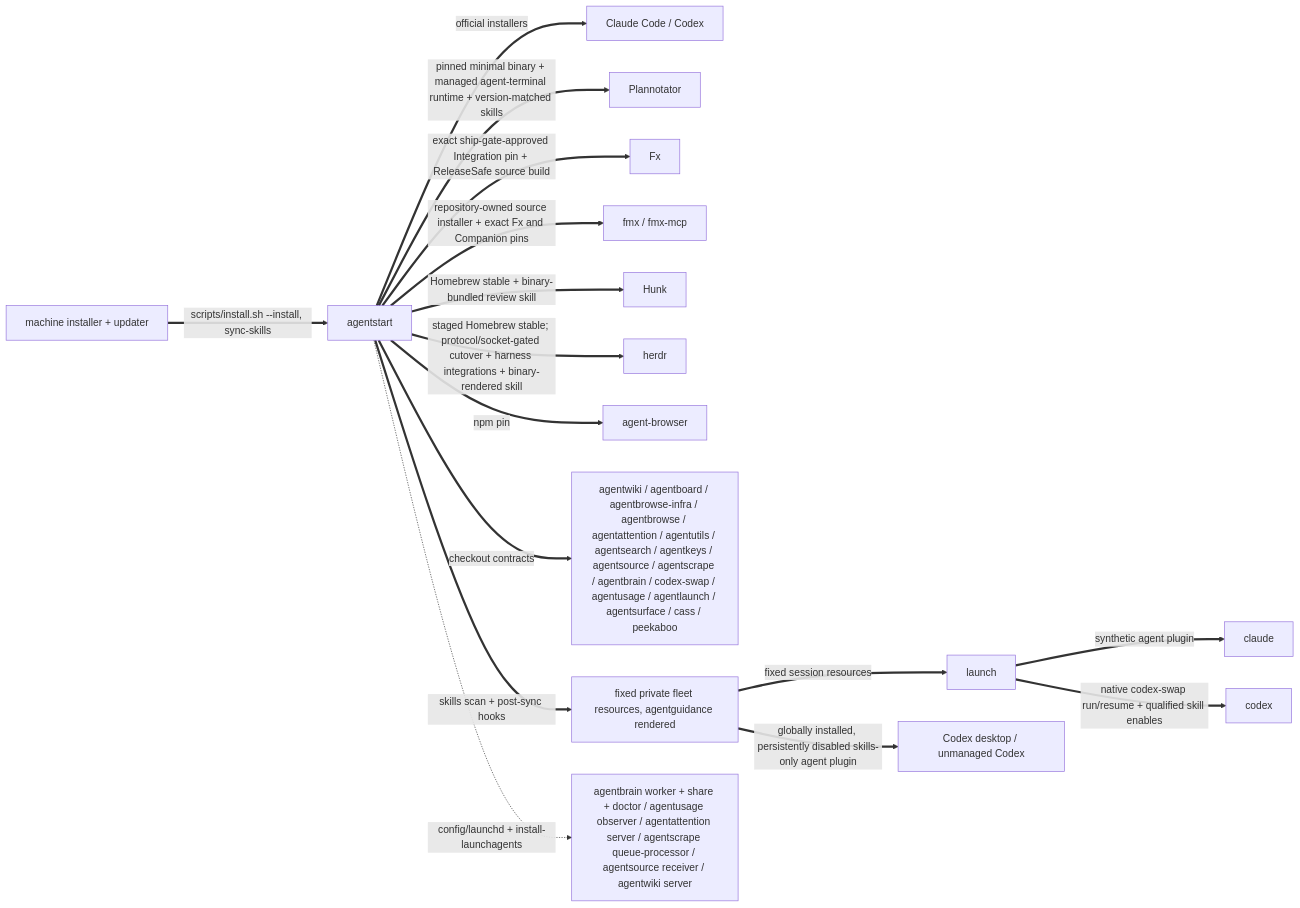
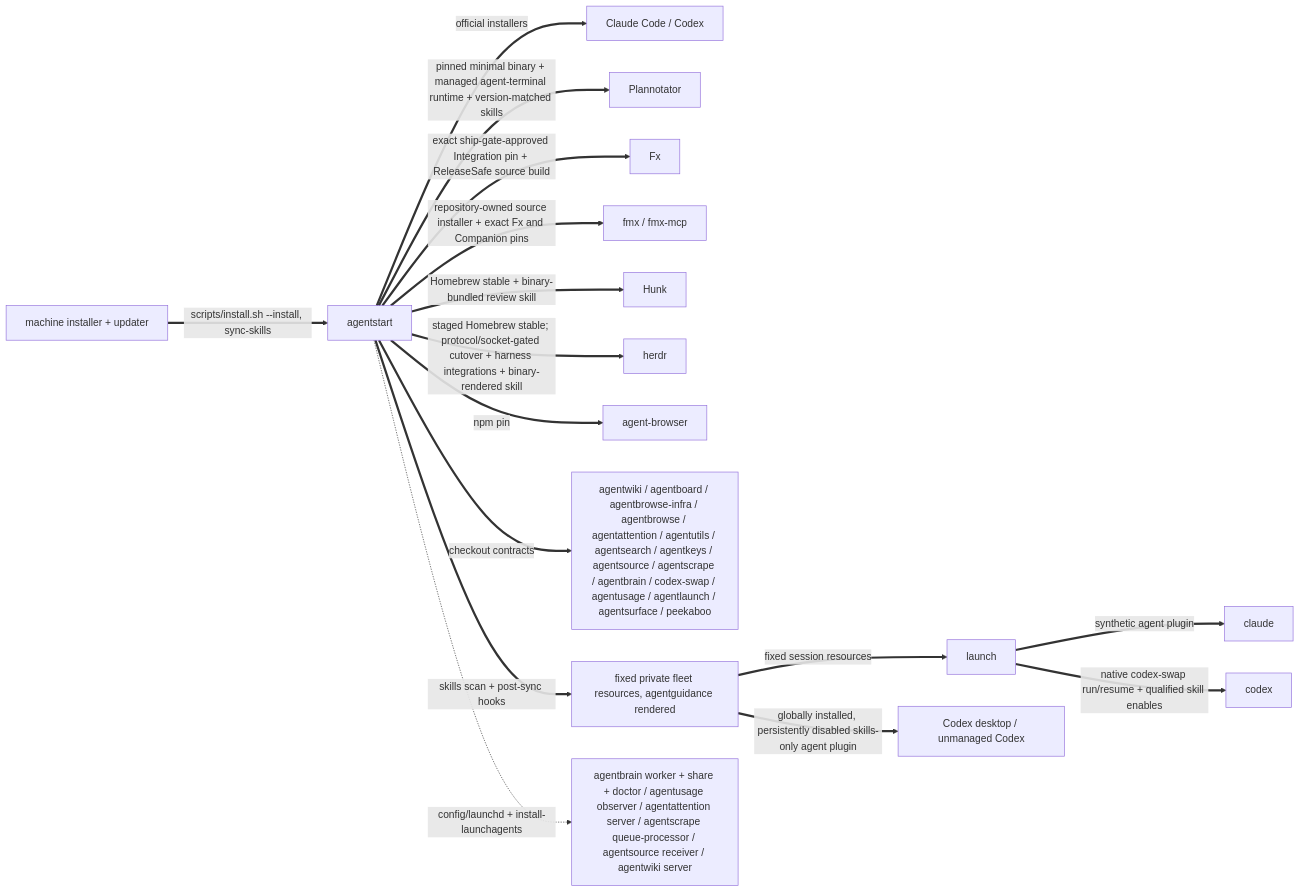
The second of 3 diagrams in skills/fleet/MAP.md (possibilities/agentstart), drawn with Mermaid before and after one commit. The commit also changed other lines of this file and 10 other files, not shown here.

````diff
--- a/skills/fleet/MAP.md
+++ b/skills/fleet/MAP.md
@@ -85,21 +82,21 @@
 ```mermaid
 flowchart LR
     machine[machine installer + updater]
     start[agentstart]
 
     machine ==>|scripts/install.sh --install, sync-skills| start
     start ==>|official installers| harnesses[Claude Code / Codex]
     start ==>|pinned minimal binary + managed agent-terminal runtime + version-matched skills| plannotator[Plannotator]
     start ==>|exact ship-gate-approved Integration pin + ReleaseSafe source build| fx[Fx]
     start ==>|repository-owned source installer + exact Fx and Companion pins| fmxInstall[fmx / fmx-mcp]
     start ==>|Homebrew stable + binary-bundled review skill| hunk[Hunk]
     start ==>|staged Homebrew stable; protocol/socket-gated cutover + harness integrations + binary-rendered skill| herdrInstall[herdr]
     start ==>|npm pin| browser[agent-browser]
-    start ==>|checkout contracts| fleet[agentwiki / agentboard / agentbrowse-infra / agentbrowse / agentattention / agentutils / agentsearch / agentkeys / agentsource / agentscrape / agentbrain / codex-swap / agentusage / agentlaunch / agentsurface / cass / peekaboo]
+    start ==>|checkout contracts| fleet[agentwiki / agentboard / agentbrowse-infra / agentbrowse / agentattention / agentutils / agentsearch / agentkeys / agentsource / agentscrape / agentbrain / codex-swap / agentusage / agentlaunch / agentsurface / peekaboo]
     start ==>|skills scan + post-sync hooks| skills[fixed private fleet resources, agentguidance rendered]
     skills ==>|fixed session resources| launch
     launch ==>|synthetic agent plugin| claude
     launch ==>|native codex-swap run/resume + qualified skill enables| codex
     skills ==>|globally installed, persistently disabled skills-only agent plugin| codexDesktop[Codex desktop / unmanaged Codex]
     start -.->|config/launchd + install-launchagents| services[agentbrain worker + share + doctor / agentusage observer / agentattention server / agentscrape queue-processor / agentsource receiver / agentwiki server]
 ```
````
